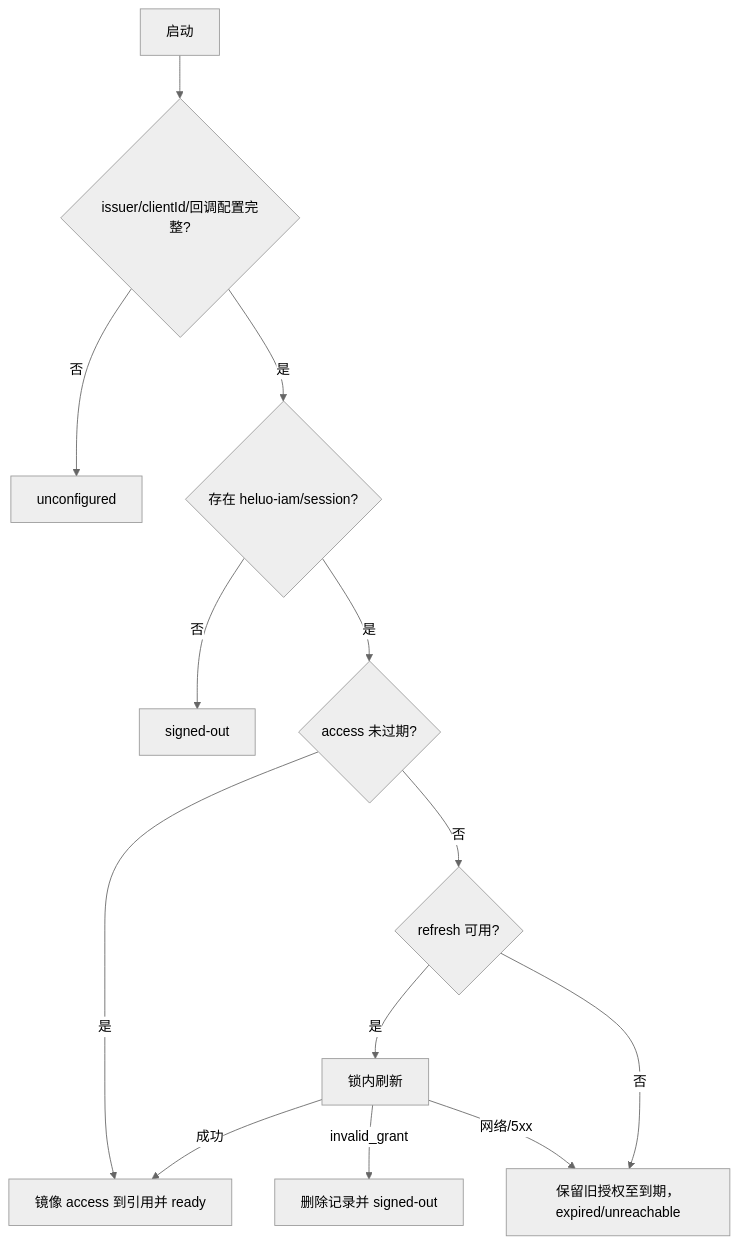
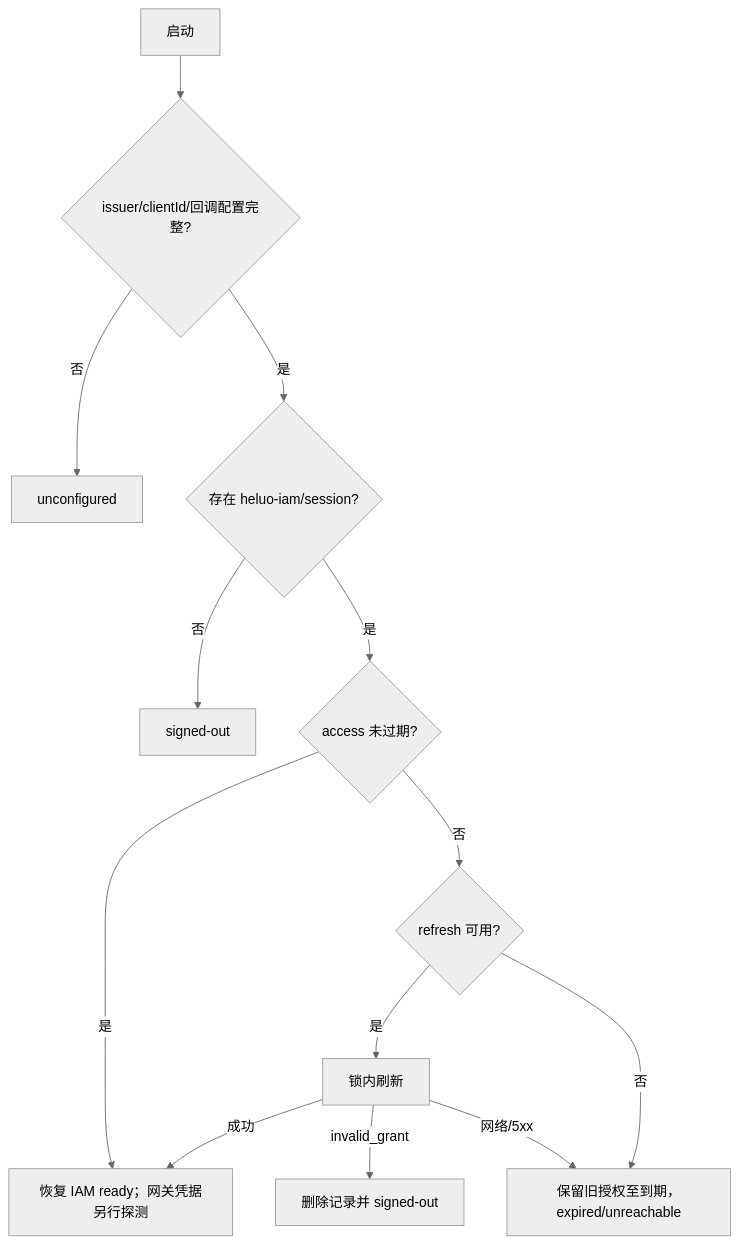
The first of 2 diagrams in docs/design/plugins/forge-iam.md (hrygo/heluo-forge), drawn with Mermaid (neutral theme) before and after one commit. The commit also changed other lines of this file and 13 other files, not shown here.

````diff
--- a/docs/design/plugins/forge-iam.md
+++ b/docs/design/plugins/forge-iam.md
@@ -262,15 +294,15 @@
 ```mermaid
 flowchart TD
   A[启动] --> B{"issuer/clientId/回调配置完整?"}
   B -->|否| C[unconfigured]
   B -->|是| D{"存在 heluo-iam/session?"}
   D -->|否| E[signed-out]
   D -->|是| F{"access 未过期?"}
-  F -->|是| G[镜像 access 到引用并 ready]
+  F -->|是| G[恢复 IAM ready；网关凭据另行探测]
   F -->|否| H{"refresh 可用?"}
   H -->|是| I[锁内刷新]
   I -->|成功| G
   I -->|invalid_grant| J[删除记录并 signed-out]
   I -->|网络/5xx| K["保留旧授权至到期，expired/unreachable"]
   H -->|否| K
 ```
````
